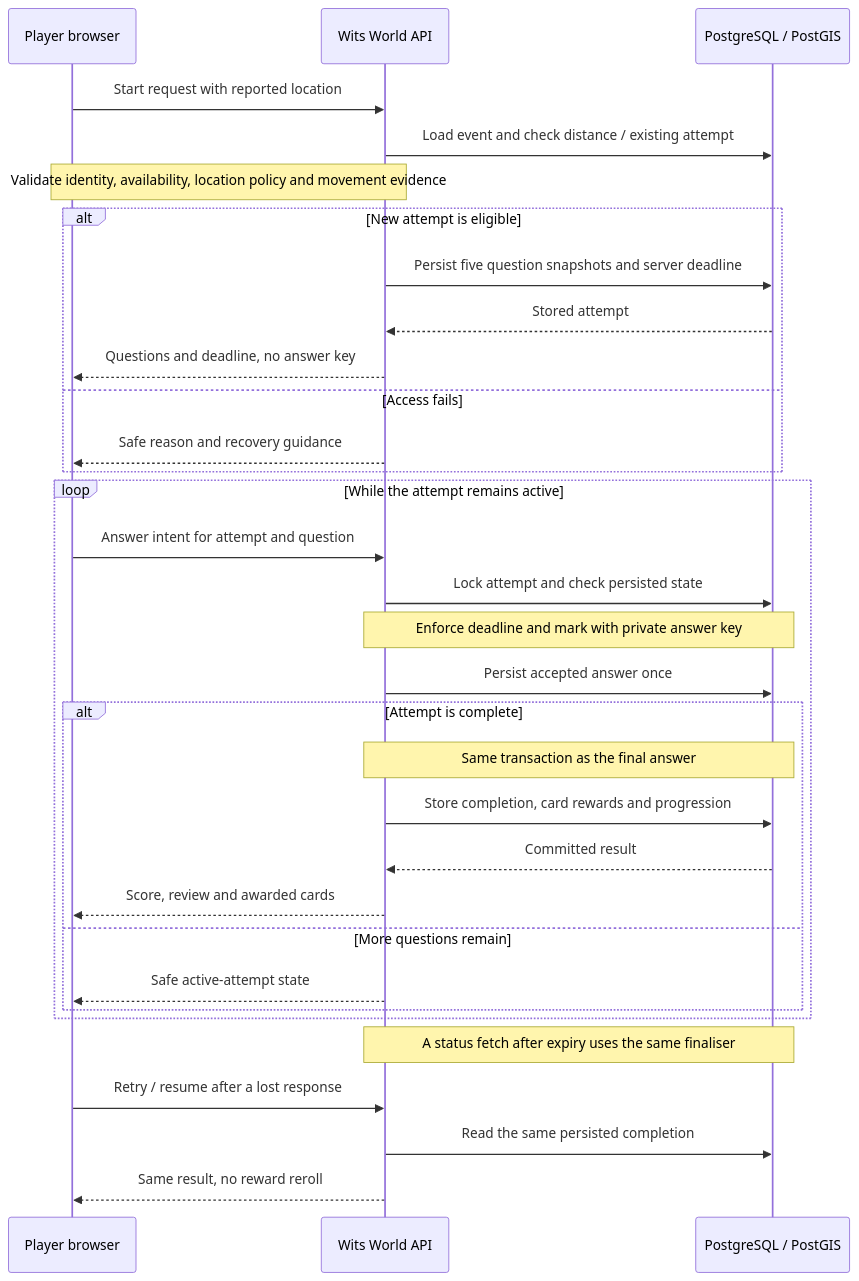
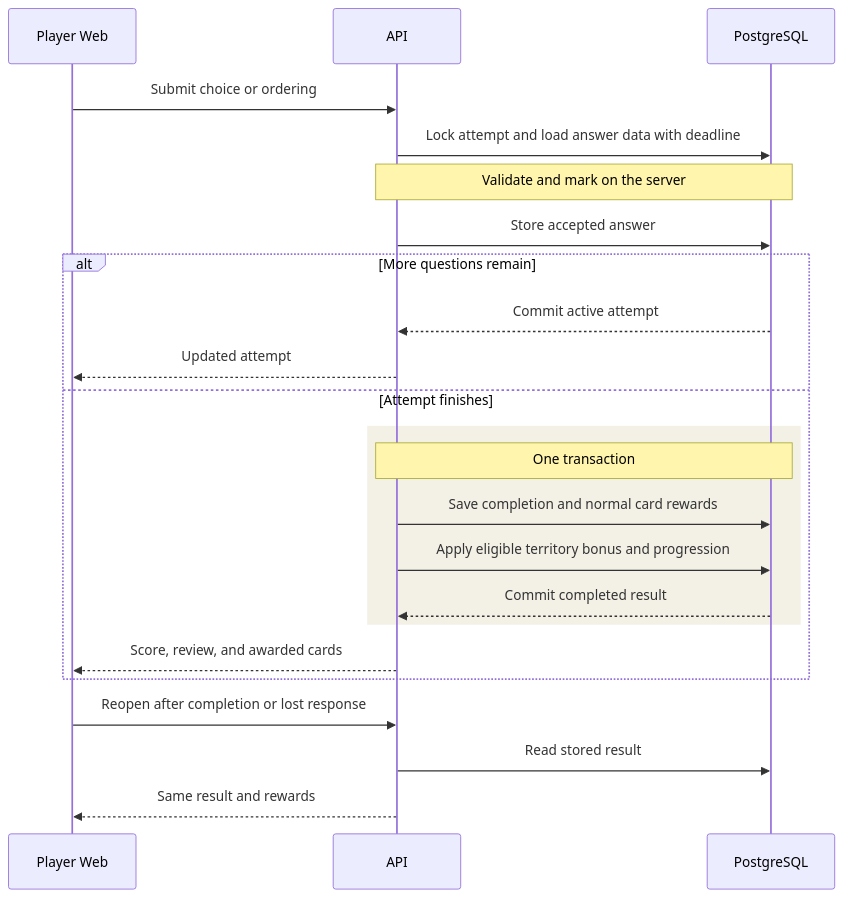
Before and after one commit to Gradient-Ascenders/Wits-World: the second of 3 diagrams in docs/architecture/diagrams/challenge-flow.md, drawn with Mermaid. The commit also changed other lines of this file and 28 other files, not shown here.

First line of the commit message:
[docs] refresh setup and architecture guides and diagrams

````diff
--- a/docs/architecture/diagrams/challenge-flow.md
+++ b/docs/architecture/diagrams/challenge-flow.md
@@ -14,36 +54,29 @@
 ```mermaid
 sequenceDiagram
-    accTitle: Server-authoritative challenge completion
-    accDescr: The API checks access, persists an attempt, locks answers before its deadline, and atomically stores completion and rewards. Retried requests return the stored outcome.
-    participant Web as Player browser
-    participant API as Wits World API
-    participant DB as PostgreSQL / PostGIS
-    Web->>API: Start request with reported location
-    API->>DB: Load event and check distance / existing attempt
-    Note over Web,API: Validate identity, availability, location policy and movement evidence
-    alt New attempt is eligible
-        API->>DB: Persist five question snapshots and server deadline
-        DB-->>API: Stored attempt
-        API-->>Web: Questions and deadline, no answer key
-    else Access fails
-        API-->>Web: Safe reason and recovery guidance
+    accTitle: Accepted answers lead to one committed result
+    accDescr: The API locks the attempt and checks its state and deadline. Accepted answers are marked against private data and stored. When the attempt finishes, the same transaction records completion, normal rewards, any eligible territory bonus, and progression. Reopening returns the saved result.
+
+    participant Web as Player Web
+    participant API as API
+    participant DB as PostgreSQL
+
+    Web->>API: Submit choice or ordering
+    API->>DB: Lock attempt and load answer data with deadline
+    Note over API,DB: Validate and mark on the server
+    API->>DB: Store accepted answer
+    alt More questions remain
+        DB-->>API: Commit active attempt
+        API-->>Web: Updated attempt
+    else Attempt finishes
+        rect rgba(157, 129, 48, 0.12)
+            Note over API,DB: One transaction
+            API->>DB: Save completion and normal card rewards
+            API->>DB: Apply eligible territory bonus and progression
+            DB-->>API: Commit completed result
+        end
+        API-->>Web: Score, review, and awarded cards
     end
-    loop While the attempt remains active
-        Web->>API: Answer intent for attempt and question
-        API->>DB: Lock attempt and check persisted state
-        Note over API,DB: Enforce deadline and mark with private answer key
-        API->>DB: Persist accepted answer once
-        alt Attempt is complete
-            Note over API,DB: Same transaction as the final answer
-            API->>DB: Store completion, card rewards and progression
-            DB-->>API: Committed result
-            API-->>Web: Score, review and awarded cards
-        else More questions remain
-            API-->>Web: Safe active-attempt state
-        end
-    end
-    Note over API,DB: A status fetch after expiry uses the same finaliser
-    Web->>API: Retry / resume after a lost response
-    API->>DB: Read the same persisted completion
-    API-->>Web: Same result, no reward reroll
+    Web->>API: Reopen after completion or lost response
+    API->>DB: Read stored result
+    API-->>Web: Same result and rewards
 ```
````
